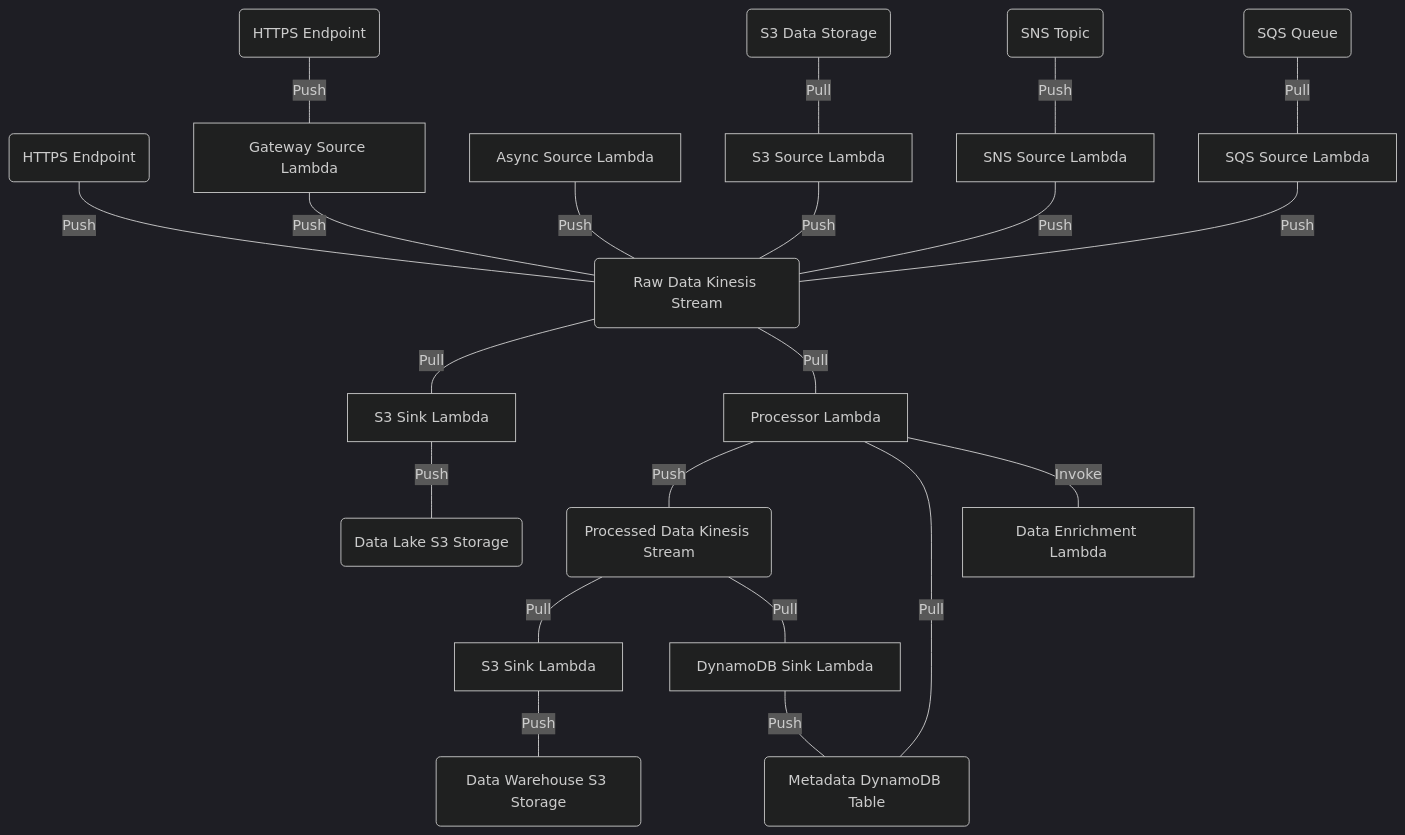
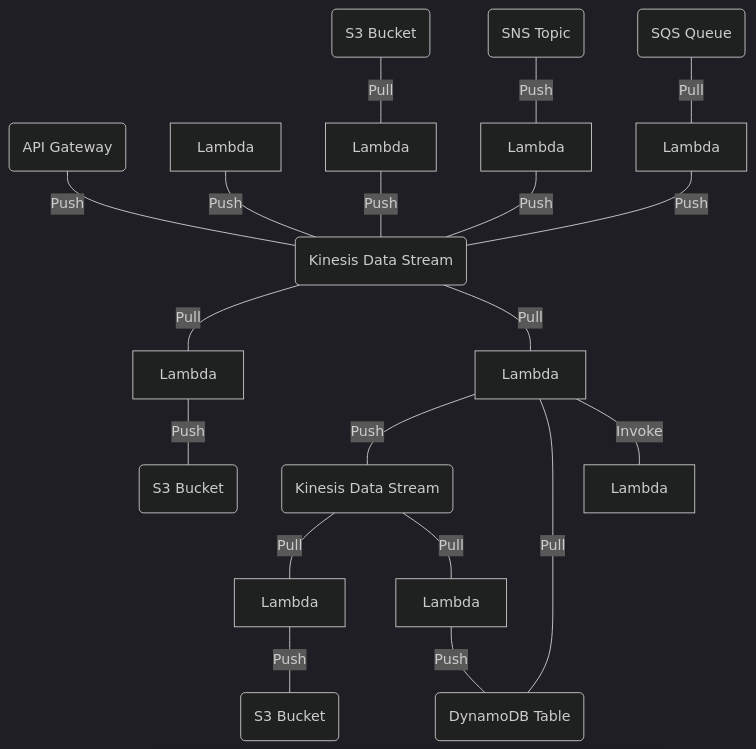
The diagram in examples/aws/pipeline/README.md (brexhq/substation), drawn with Mermaid (dark theme) before and after one commit. The commit also changed 63 other files, not shown here.

````diff
--- a/examples/aws/pipeline/README.md
+++ b/examples/aws/pipeline/README.md
@@ -7,44 +7,41 @@
 ```mermaid
 graph TD
     %% core infrastructure
-    dynamodb_table(Metadata DynamoDB Table)
-    gateway_kinesis(HTTPS Endpoint)
-    gateway(HTTPS Endpoint)
-    kinesis_raw(Raw Data Kinesis Stream)
-    kinesis_processed(Processed Data Kinesis Stream)
-    s3_source_bucket(S3 Data Storage)
-    s3_lake_bucket(Data Lake S3 Storage)
-    s3_warehouse_bucket(Data Warehouse S3 Storage)
+    dynamodb_table(DynamoDB Table)
+    gateway_kinesis(API Gateway)
+    kinesis_raw(Kinesis Data Stream)
+    kinesis_processed(Kinesis Data Stream)
+    s3_source_bucket(S3 Bucket)
+    s3_lake_bucket(S3 Bucket)
+    s3_bucket(S3 Bucket)
     sns_topic(SNS Topic)
     sqs_queue(SQS Queue)
 
     %% Lambda data processing
-    dynamodb_lambda[DynamoDB Sink Lambda]
-    gateway_lambda[Gateway Source Lambda]
-    kinesis_lambda[Processor Lambda]
-    enrichment_lambda[Data Enrichment Lambda]
-    s3_warehouse_sink_lambda[S3 Sink Lambda]
-    async_source_lambda[Async Source Lambda]
-    s3_source_lambda[S3 Source Lambda]
-    s3_lake_sink_lambda[S3 Sink Lambda]
-    sns_source_lambda[SNS Source Lambda]
-    sqs_source_lambda[SQS Source Lambda]
+    dynamodb_lambda[Lambda]
+    kinesis_lambda[Lambda]
+    enrichment_lambda[Lambda]
+    s3_warehouse_sink_lambda[Lambda]
+    async_source_lambda[Lambda]
+    s3_source_lambda[Lambda]
+    s3_lake_sink_lambda[Lambda]
+    sns_source_lambda[Lambda]
+    sqs_source_lambda[Lambda]
 
     %% ingest
     async_source_lambda ---|Push| kinesis_raw
-    gateway ---|Push| gateway_lambda ---|Push| kinesis_raw
     gateway_kinesis ---|Push| kinesis_raw
     s3_source_bucket ---|Pull| s3_source_lambda ---|Push| kinesis_raw
     sns_topic ---|Push| sns_source_lambda ---|Push| kinesis_raw
     sqs_queue ---|Pull| sqs_source_lambda ---|Push| kinesis_raw
     kinesis_raw ---|Pull| s3_lake_sink_lambda ---|Push| s3_lake_bucket
 
     %% transform
     kinesis_raw ---|Pull| kinesis_lambda ---|Push| kinesis_processed
     kinesis_lambda ---|Pull| dynamodb_table
     kinesis_lambda ---|Invoke| enrichment_lambda
 
     %% load
-    kinesis_processed ---|Pull| s3_warehouse_sink_lambda ---|Push| s3_warehouse_bucket
+    kinesis_processed ---|Pull| s3_warehouse_sink_lambda ---|Push| s3_bucket
     kinesis_processed ---|Pull| dynamodb_lambda ---|Push| dynamodb_table
 ```
````
